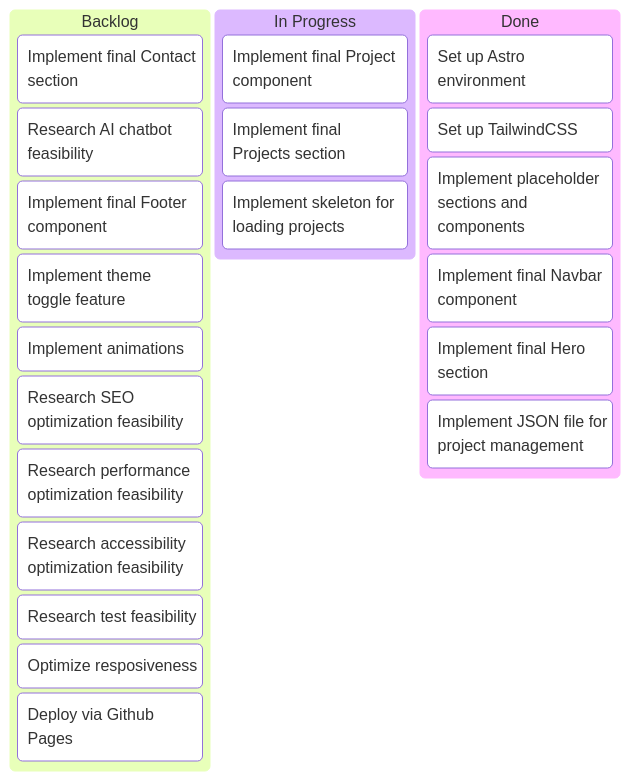
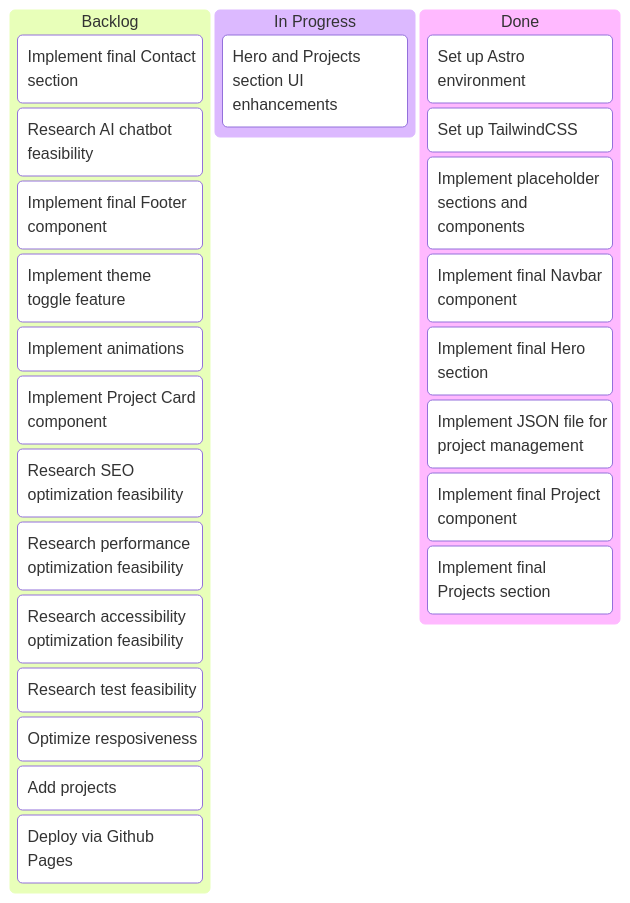
One commit to CantarinoG/portfolio changed the diagram in docs/kanban.md. Above: the diagram before and after it, drawn with Mermaid. The commit also changed 5 other files, not shown here.

Commit message:
feat: rename ProjectCard to ProjectPreviewCard and update projects data

````diff
--- a/docs/kanban.md
+++ b/docs/kanban.md
@@ -1,26 +1,28 @@
 ```mermaid
 kanban
   stage1[Backlog]
     card12[Implement final Contact section]
     card13[Research AI chatbot feasibility]
     card14[Implement final Footer component]
     card15[Implement theme toggle feature]
     card16[Implement animations]
+    card27[Implement Project Card component]
     card17[Research SEO optimization feasibility]
     card18[Research performance optimization feasibility]
     card19[Research accessibility optimization feasibility]
     card21[Research test feasibility]
     card23[Optimize resposiveness]
+    card25[Add projects]
     card20[Deploy via Github Pages]
   stage2[In Progress]
-    card8[Implement final Project component]
-    card11[Implement final Projects section]
-    card10[Implement skeleton for loading projects]
+    card26[Hero and Projects section UI enhancements]
   stage3[Done]
     card1[Set up Astro environment]
     card24[Set up TailwindCSS]
     card5[Implement placeholder sections and components]
     card6[Implement final Navbar component]
     card7[Implement final Hero section]
     card22[Implement JSON file for project management]
+    card8[Implement final Project component]
+    card11[Implement final Projects section]
 ```
````
